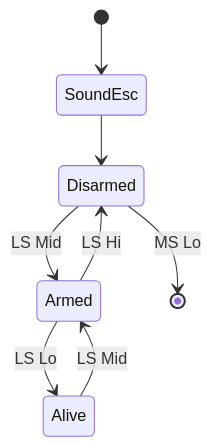
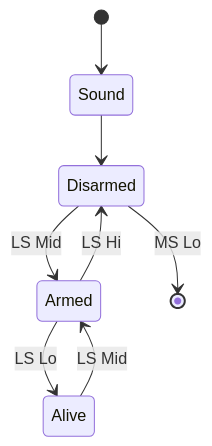
The second of 3 diagrams in doc/source/drone.rst (real-tintin/ugglan), drawn with Mermaid before and after one commit. The commit also changed other lines of this file and 7 other files, not shown here.

```diff
--- a/doc/source/drone.rst
+++ b/doc/source/drone.rst
@@ -129,12 +129,12 @@
 .. mermaid::
     :caption: User operation of ESC's. LS: Left Switch. MS: Middle Switch.
 
     stateDiagram
 
-        [*] --> SoundEsc
-        SoundEsc --> Disarmed
+        [*] --> Sound
+        Sound --> Disarmed
         Disarmed --> Armed: LS Mid
         Armed --> Disarmed: LS Hi
         Armed --> Alive: LS Lo
         Alive --> Armed: LS Mid
         Disarmed --> [*]: MS Lo
```
